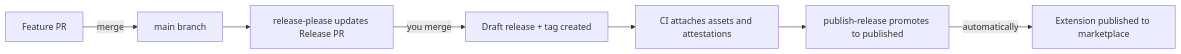
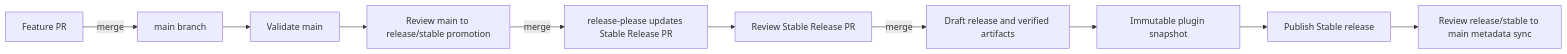
One commit to microsoft/hve-core changed the first of 2 diagrams in docs/contributing/release-process.md. Above: the diagram before and after it, drawn with Mermaid. The commit also changed other lines of this file and 137 other files, not shown here.

````diff
--- a/docs/contributing/release-process.md
+++ b/docs/contributing/release-process.md
@@ -16,9 +16,12 @@
 ```mermaid
 flowchart LR
     A[Feature PR] -->|merge| B[main branch]
-    B --> C[release-please updates Release PR]
-    C -->|you merge| D[Draft release + tag created]
-    D --> E[CI attaches assets and attestations]
-    E --> F[publish-release promotes to published]
-    F -->|automatically| G[Extension published to marketplace]
+    B --> C[Validate main]
+    C --> D[Review main to release/stable promotion]
+    D -->|merge| E[release-please updates Stable Release PR]
+    E --> F[Review Stable Release PR]
+    F -->|merge| G[Draft release and verified artifacts]
+    G --> H[Immutable plugin snapshot]
+    H --> I[Publish Stable release]
+    I --> J[Review release/stable to main metadata sync]
 ```
````
